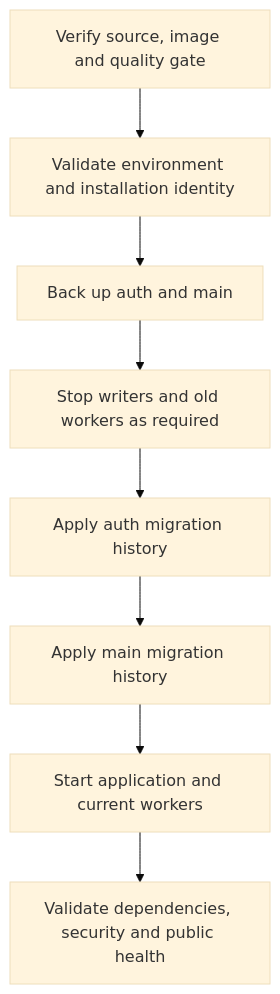
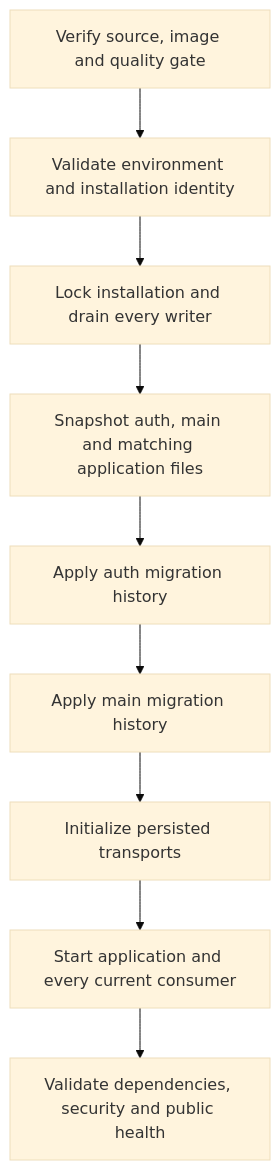
One commit to DevSkyLex/fireguard-api changed the diagram in docs/operations/migrations-and-backups.md. Above: the diagram before and after it, drawn with Mermaid (base theme). The commit also changed other lines of this file and 317 other files, not shown here.

````diff
--- a/docs/operations/migrations-and-backups.md
+++ b/docs/operations/migrations-and-backups.md
@@ -11,10 +11,11 @@
 ```mermaid
 flowchart TD
   Revision["Verify source, image and quality gate"] --> Identity["Validate environment and installation identity"]
-  Identity --> Backup["Back up auth and main"]
-  Backup --> Stop["Stop writers and old workers as required"]
-  Stop --> Auth["Apply auth migration history"]
+  Identity --> Stop["Lock installation and drain every writer"]
+  Stop --> Backup["Snapshot auth, main and matching application files"]
+  Backup --> Auth["Apply auth migration history"]
   Auth --> Main["Apply main migration history"]
-  Main --> Start["Start application and current workers"]
+  Main --> Transports["Initialize persisted transports"]
+  Transports --> Start["Start application and every current consumer"]
   Start --> Health["Validate dependencies, security and public health"]
 ```
````
